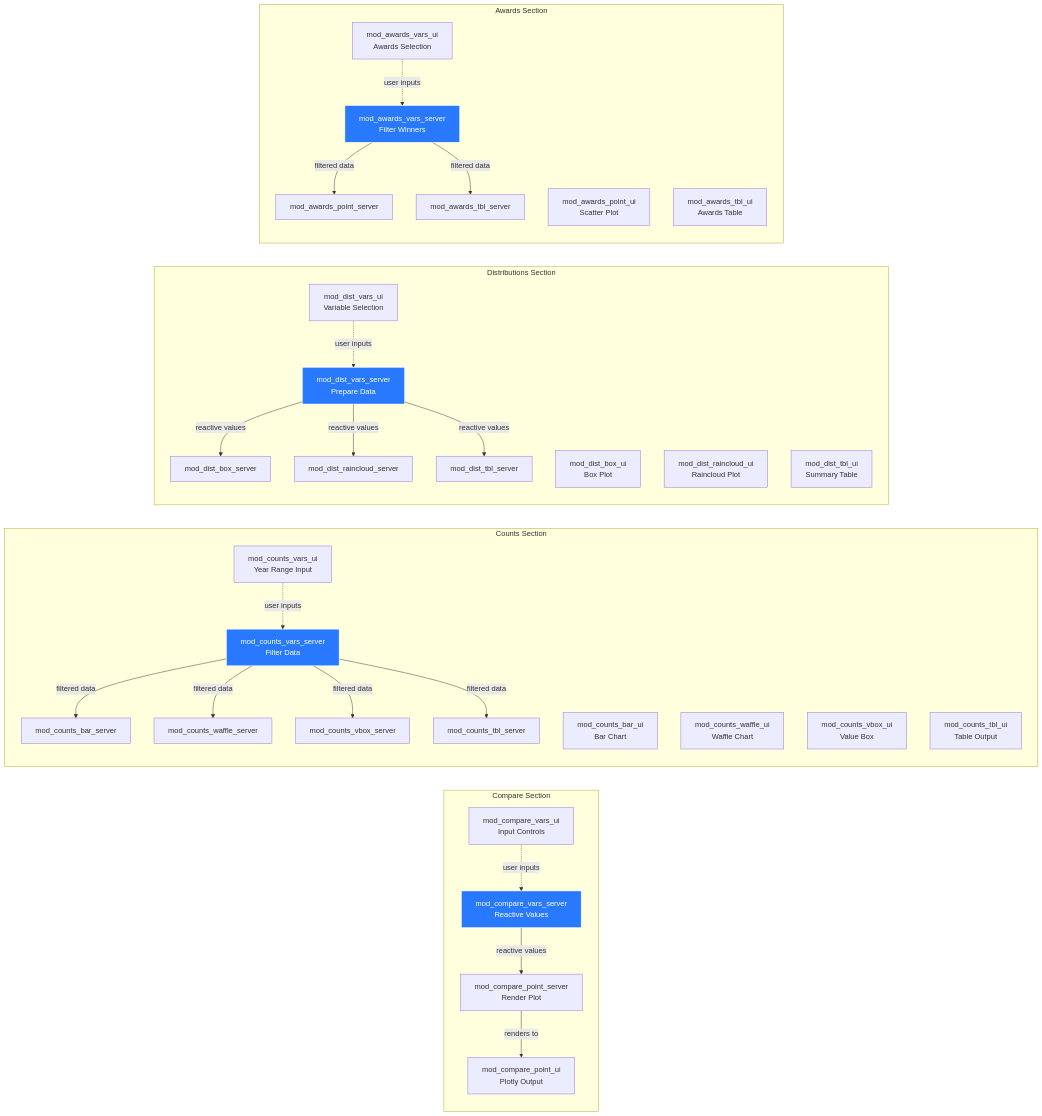
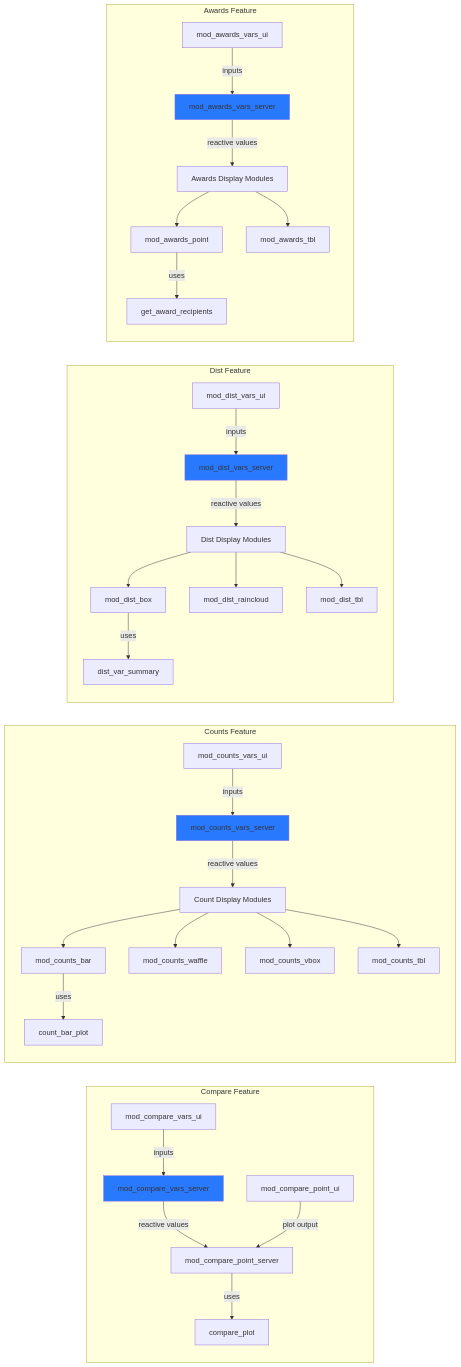
The second of 7 diagrams in inst/prompts/btw-clipboard.md (mjfrigaard/sap), drawn with Mermaid before and after one commit. The commit also changed other lines of this file and 1 other file, not shown here.

````diff
--- a/inst/prompts/btw-clipboard.md
+++ b/inst/prompts/btw-clipboard.md
@@ -162,66 +163,41 @@
 ```mermaid
 graph LR
-    subgraph Compare["Compare Section"]
-        CVarsUI[mod_compare_vars_ui<br/>Input Controls]
-        CVarsServer[mod_compare_vars_server<br/>Reactive Values]
-        CPointUI[mod_compare_point_ui<br/>Plotly Output]
-        CPointServer[mod_compare_point_server<br/>Render Plot]
-        
-        CVarsUI -.->|user inputs| CVarsServer
-        CVarsServer -->|reactive values| CPointServer
-        CPointServer -->|renders to| CPointUI
+    subgraph Compare Feature
+        CmpVarsUI[mod_compare_vars_ui] -->|inputs| CmpVarsSrv[mod_compare_vars_server]
+        CmpVarsSrv -->|reactive values| CmpPtSrv[mod_compare_point_server]
+        CmpPtUI[mod_compare_point_ui] -->|plot output| CmpPtSrv
+        CmpPtSrv -->|uses| CmpPlot[compare_plot]
     end
     
-    subgraph Counts["Counts Section"]
-        CtVarsUI[mod_counts_vars_ui<br/>Year Range Input]
-        CtVarsServer[mod_counts_vars_server<br/>Filter Data]
-        CtBarUI[mod_counts_bar_ui<br/>Bar Chart]
-        CtWaffleUI[mod_counts_waffle_ui<br/>Waffle Chart]
-        CtVboxUI[mod_counts_vbox_ui<br/>Value Box]
-        CtTblUI[mod_counts_tbl_ui<br/>Table Output]
-        CtBarServer[mod_counts_bar_server]
-        CtWaffleServer[mod_counts_waffle_server]
-        CtVboxServer[mod_counts_vbox_server]
-        CtTblServer[mod_counts_tbl_server]
-        
-        CtVarsUI -.->|user inputs| CtVarsServer
-        CtVarsServer -->|filtered data| CtBarServer
-        CtVarsServer -->|filtered data| CtWaffleServer
-        CtVarsServer -->|filtered data| CtVboxServer
-        CtVarsServer -->|filtered data| CtTblServer
+    subgraph Counts Feature
+        CntVarsUI[mod_counts_vars_ui] -->|inputs| CntVarsSrv[mod_counts_vars_server]
+        CntVarsSrv -->|reactive values| CntMods[Count Display Modules]
+        CntMods --> CntBar[mod_counts_bar]
+        CntMods --> CntWaffle[mod_counts_waffle]
+        CntMods --> CntVbox[mod_counts_vbox]
+        CntMods --> CntTbl[mod_counts_tbl]
+        CntBar -->|uses| BarPlot[count_bar_plot]
     end
     
-    subgraph Dist["Distributions Section"]
-        DstVarsUI[mod_dist_vars_ui<br/>Variable Selection]
-        DstVarsServer[mod_dist_vars_server<br/>Prepare Data]
-        DstBoxUI[mod_dist_box_ui<br/>Box Plot]
-        DstCloudUI[mod_dist_raincloud_ui<br/>Raincloud Plot]
-        DstTblUI[mod_dist_tbl_ui<br/>Summary Table]
-        DstBoxServer[mod_dist_box_server]
-        DstCloudServer[mod_dist_raincloud_server]
-        DstTblServer[mod_dist_tbl_server]
-        
-        DstVarsUI -.->|user inputs| DstVarsServer
-        DstVarsServer -->|reactive values| DstBoxServer
-        DstVarsServer -->|reactive values| DstCloudServer
-        DstVarsServer -->|reactive values| DstTblServer
+    subgraph Dist Feature
+        DistVarsUI[mod_dist_vars_ui] -->|inputs| DistVarsSrv[mod_dist_vars_server]
+        DistVarsSrv -->|reactive values| DistMods[Dist Display Modules]
+        DistMods --> DistBox[mod_dist_box]
+        DistMods --> DistCloud[mod_dist_raincloud]
+        DistMods --> DistTbl[mod_dist_tbl]
+        DistBox -->|uses| Summary[dist_var_summary]
     end
     
-    subgraph Awards["Awards Section"]
-        AwdVarsUI[mod_awards_vars_ui<br/>Awards Selection]
-        AwdVarsServer[mod_awards_vars_server<br/>Filter Winners]
-        AwdPointUI[mod_awards_point_ui<br/>Scatter Plot]
-        AwdTblUI[mod_awards_tbl_ui<br/>Awards Table]
-        AwdPointServer[mod_awards_point_server]
-        AwdTblServer[mod_awards_tbl_server]
-        
-        AwdVarsUI -.->|user inputs| AwdVarsServer
-        AwdVarsServer -->|filtered data| AwdPointServer
-        AwdVarsServer -->|filtered data| AwdTblServer
+    subgraph Awards Feature
+        AwardsVarsUI[mod_awards_vars_ui] -->|inputs| AwardsVarsSrv[mod_awards_vars_server]
+        AwardsVarsSrv -->|reactive values| AwardsMods[Awards Display Modules]
+        AwardsMods --> AwardsPt[mod_awards_point]
+        AwardsMods --> AwardsTbl[mod_awards_tbl]
+        AwardsPt -->|uses| GetRecipients[get_award_recipients]
     end
     
-    style CVarsServer fill:#2979ff,stroke:#fff,color:#fff
-    style CtVarsServer fill:#2979ff,stroke:#fff,color:#fff
-    style DstVarsServer fill:#2979ff,stroke:#fff,color:#fff
-    style AwdVarsServer fill:#2979ff,stroke:#fff,color:#fff
+    style CmpVarsSrv fill:#2979ff
+    style CntVarsSrv fill:#2979ff
+    style DistVarsSrv fill:#2979ff
+    style AwardsVarsSrv fill:#2979ff
 ```
````
